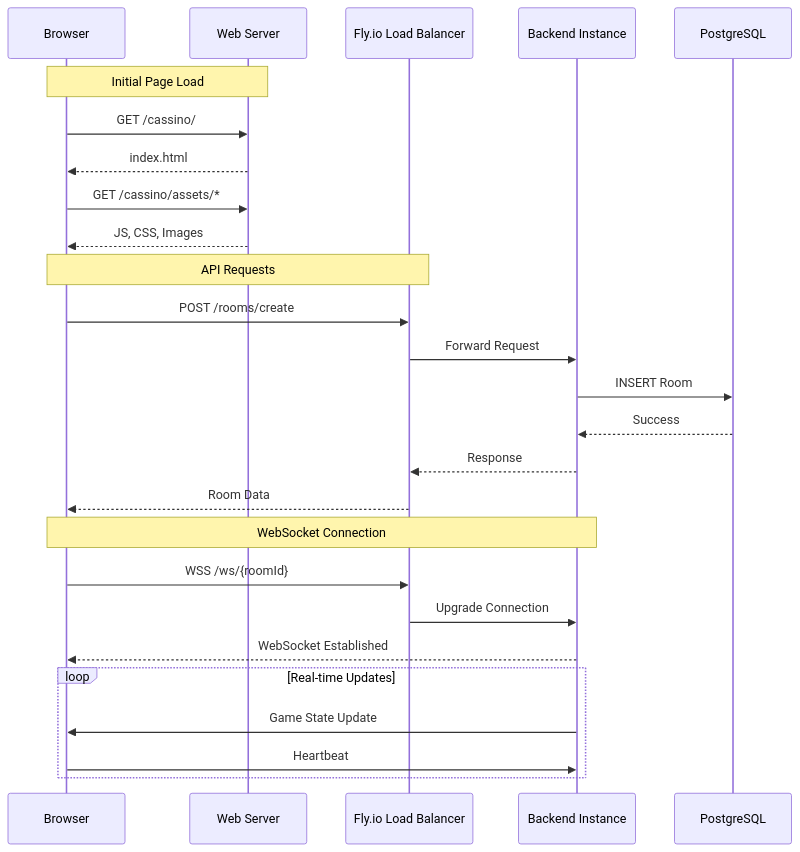
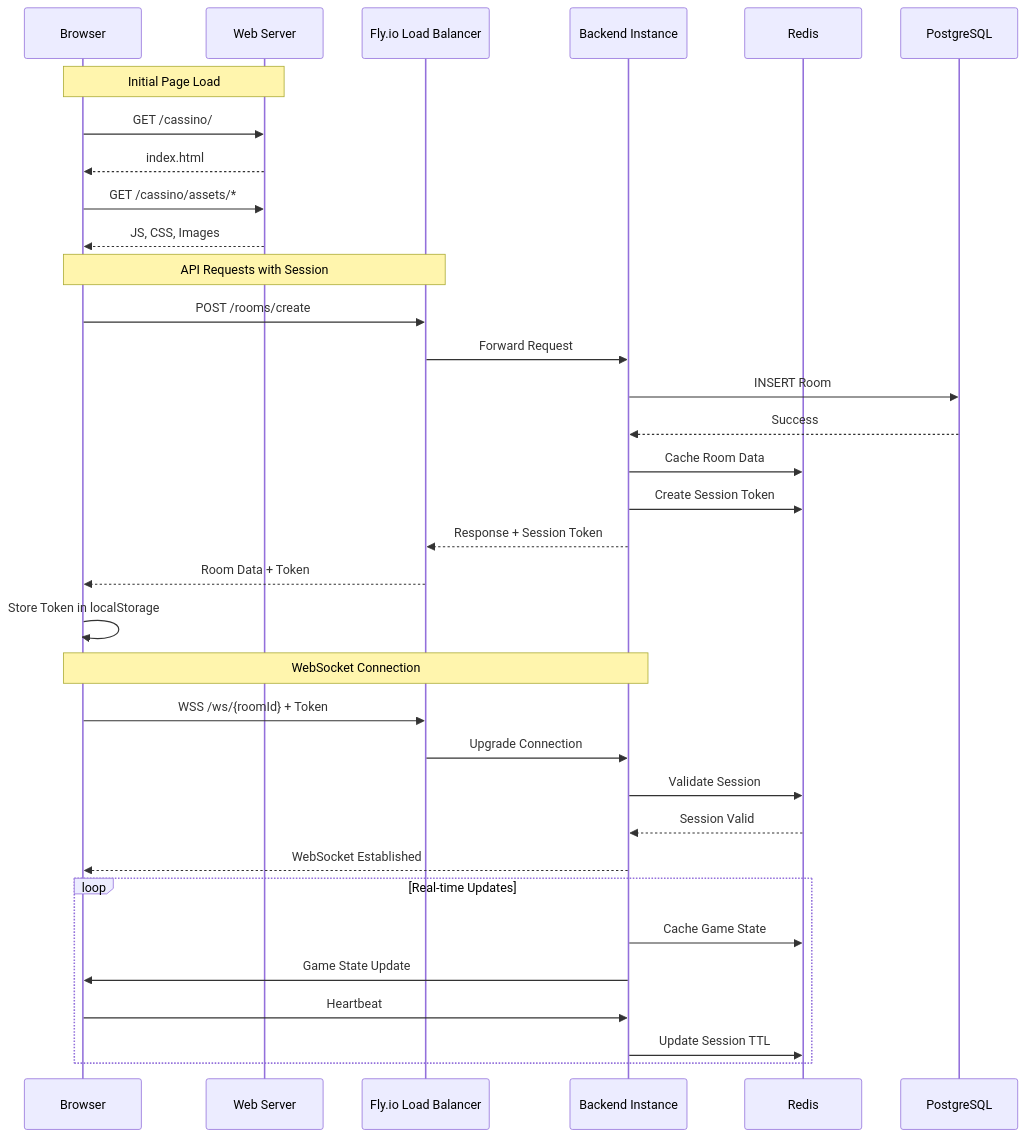
Diagram 18 of 19 in .kiro/specs/complete-app-documentation/ARCHITECTURE_DIAGRAMS.md (Malungisa-Mndzebele/cassino-card-game), drawn with Mermaid before and after one commit. The commit also changed other lines of this file and 198 other files, not shown here.

````diff
--- a/.kiro/specs/complete-app-documentation/ARCHITECTURE_DIAGRAMS.md
+++ b/.kiro/specs/complete-app-documentation/ARCHITECTURE_DIAGRAMS.md
@@ -590,32 +712,40 @@
 ```mermaid
 sequenceDiagram
     participant B as Browser
     participant CDN as Web Server
     participant LB as Fly.io Load Balancer
     participant BE as Backend Instance
+    participant RD as Redis
     participant DB as PostgreSQL
     
     Note over B,CDN: Initial Page Load
     B->>CDN: GET /cassino/
     CDN-->>B: index.html
     B->>CDN: GET /cassino/assets/*
     CDN-->>B: JS, CSS, Images
     
-    Note over B,LB: API Requests
+    Note over B,LB: API Requests with Session
     B->>LB: POST /rooms/create
     LB->>BE: Forward Request
     BE->>DB: INSERT Room
     DB-->>BE: Success
-    BE-->>LB: Response
-    LB-->>B: Room Data
+    BE->>RD: Cache Room Data
+    BE->>RD: Create Session Token
+    BE-->>LB: Response + Session Token
+    LB-->>B: Room Data + Token
+    B->>B: Store Token in localStorage
     
     Note over B,BE: WebSocket Connection
-    B->>LB: WSS /ws/{roomId}
+    B->>LB: WSS /ws/{roomId} + Token
     LB->>BE: Upgrade Connection
+    BE->>RD: Validate Session
+    RD-->>BE: Session Valid
     BE-->>B: WebSocket Established
     
     loop Real-time Updates
+        BE->>RD: Cache Game State
         BE->>B: Game State Update
         B->>BE: Heartbeat
+        BE->>RD: Update Session TTL
     end
 ```
````
